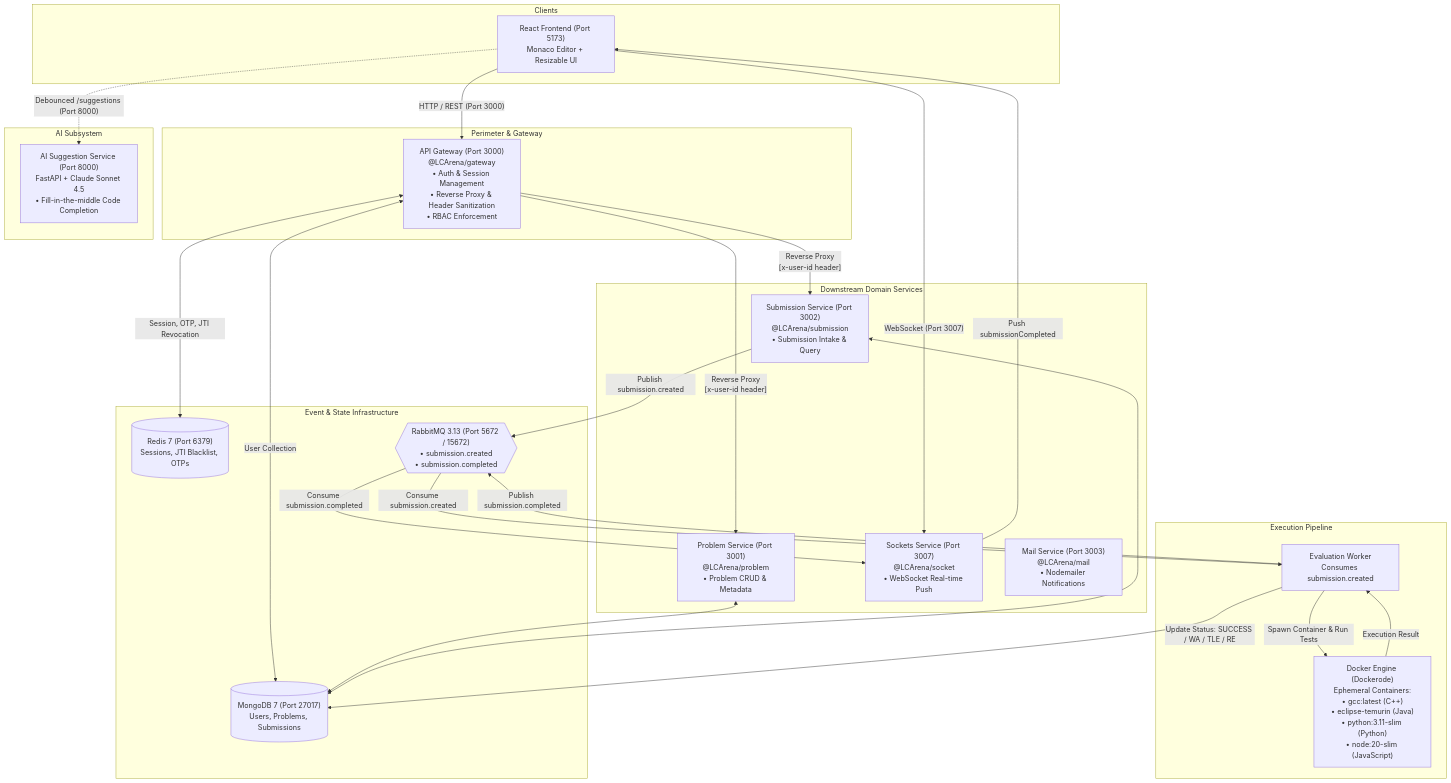
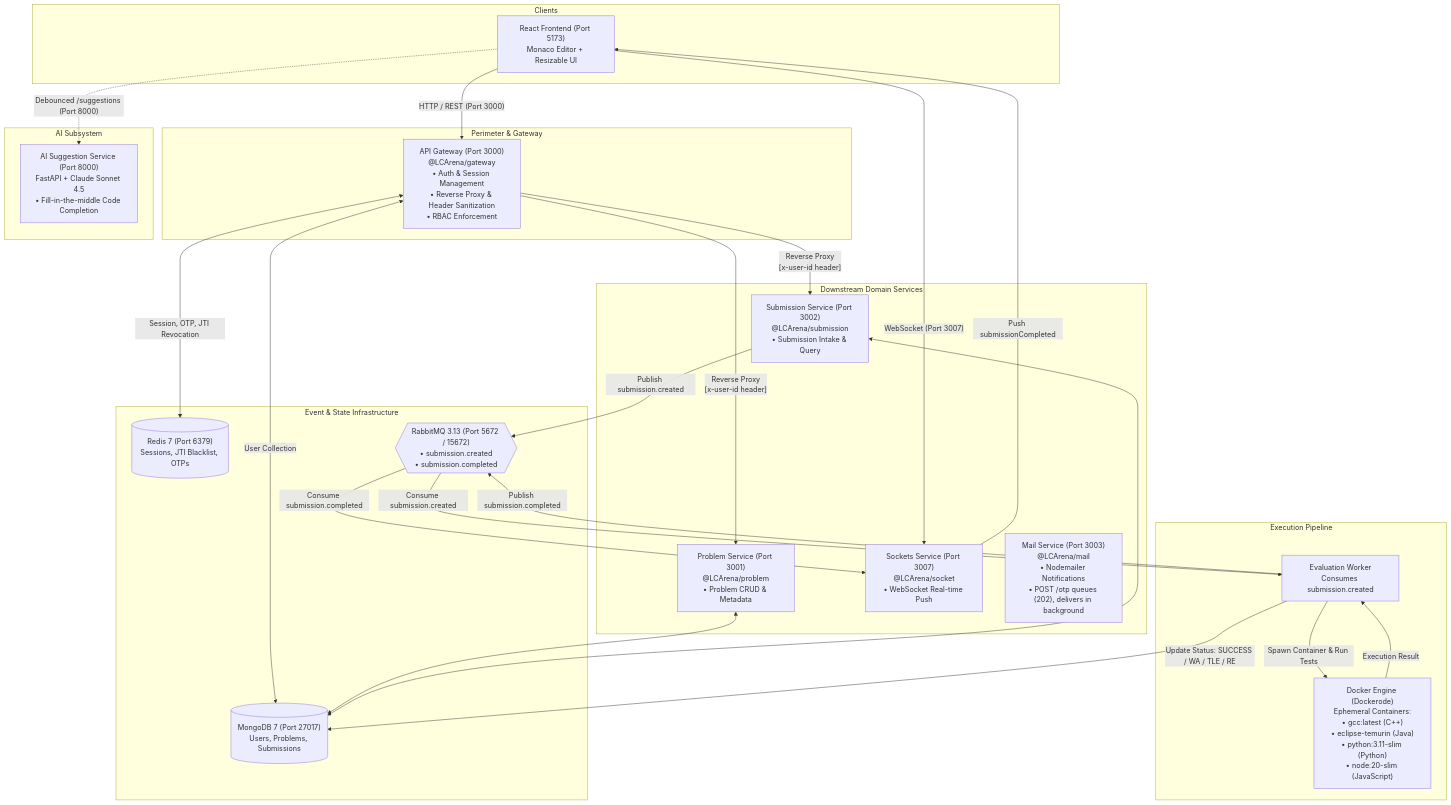
The diagram in AGENTS.md (Osank31/LCArena), drawn with Mermaid before and after one commit. The commit also changed 17 other files, not shown here.

````diff
--- a/AGENTS.md
+++ b/AGENTS.md
@@ -24,59 +24,59 @@
 ```mermaid
 flowchart TD
     subgraph Clients["Clients"]
         Browser["React Frontend (Port 5173)\nMonaco Editor + Resizable UI"]
     end
 
     subgraph Edge["Perimeter & Gateway"]
         Gateway["API Gateway (Port 3000)\n@LCArena/gateway\n• Auth & Session Management\n• Reverse Proxy & Header Sanitization\n• RBAC Enforcement"]
     end
 
     subgraph AI["AI Subsystem"]
         AISvc["AI Suggestion Service (Port 8000)\nFastAPI + Claude Sonnet 4.5\n• Fill-in-the-middle Code Completion"]
     end
 
     subgraph Microservices["Downstream Domain Services"]
         ProblemSvc["Problem Service (Port 3001)\n@LCArena/problem\n• Problem CRUD & Metadata"]
         SubmissionSvc["Submission Service (Port 3002)\n@LCArena/submission\n• Submission Intake & Query"]
         SocketSvc["Sockets Service (Port 3007)\n@LCArena/socket\n• WebSocket Real-time Push"]
-        MailSvc["Mail Service (Port 3003)\n@LCArena/mail\n• Nodemailer Notifications"]
+        MailSvc["Mail Service (Port 3003)\n@LCArena/mail\n• Nodemailer Notifications\n• POST /otp queues (202), delivers in background"]
     end
 
     subgraph EventMesh["Event & State Infrastructure"]
         MongoDB[("MongoDB 7 (Port 27017)\nUsers, Problems, Submissions")]
         RedisDB[("Redis 7 (Port 6379)\nSessions, JTI Blacklist, OTPs")]
         RabbitMQ{{"RabbitMQ 3.13 (Port 5672 / 15672)\n• submission.created\n• submission.completed"}}
     end
 
     subgraph SandboxedExecution["Execution Pipeline"]
         Worker["Evaluation Worker\nConsumes submission.created"]
         DockerEngine["Docker Engine (Dockerode)\nEphemeral Containers:\n• gcc:latest (C++)\n• eclipse-temurin (Java)\n• python:3.11-slim (Python)\n• node:20-slim (JavaScript)"]
     end
 
     %% Client Interactions
     Browser -->|"HTTP / REST (Port 3000)"| Gateway
     Browser -->|"WebSocket (Port 3007)"| SocketSvc
     Browser -.->|"Debounced /suggestions (Port 8000)"| AISvc
 
     %% Gateway Routing
     Gateway -->|"Reverse Proxy\n[x-user-id header]"| ProblemSvc
     Gateway -->|"Reverse Proxy\n[x-user-id header]"| SubmissionSvc
     Gateway <-->|"Session, OTP, JTI Revocation"| RedisDB
     Gateway <-->|"User Collection"| MongoDB
 
     %% Domain Services Interactions
     ProblemSvc <--> MongoDB
     SubmissionSvc <--> MongoDB
     SubmissionSvc -->|"Publish submission.created"| RabbitMQ
 
     %% Execution Pipeline Flow
     RabbitMQ -->|"Consume submission.created"| Worker
     Worker -->|"Spawn Container & Run Tests"| DockerEngine
     DockerEngine -->|"Execution Result"| Worker
     Worker -->|"Update Status: SUCCESS / WA / TLE / RE"| MongoDB
     Worker -->|"Publish submission.completed"| RabbitMQ
 
     %% Real-time Notification Flow
     RabbitMQ -->|"Consume submission.completed"| SocketSvc
     SocketSvc -->|"Push submissionCompleted"| Browser
 ```
````
